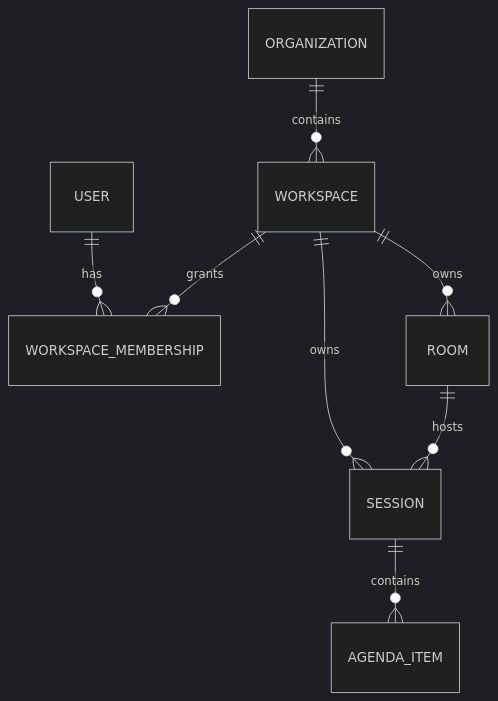
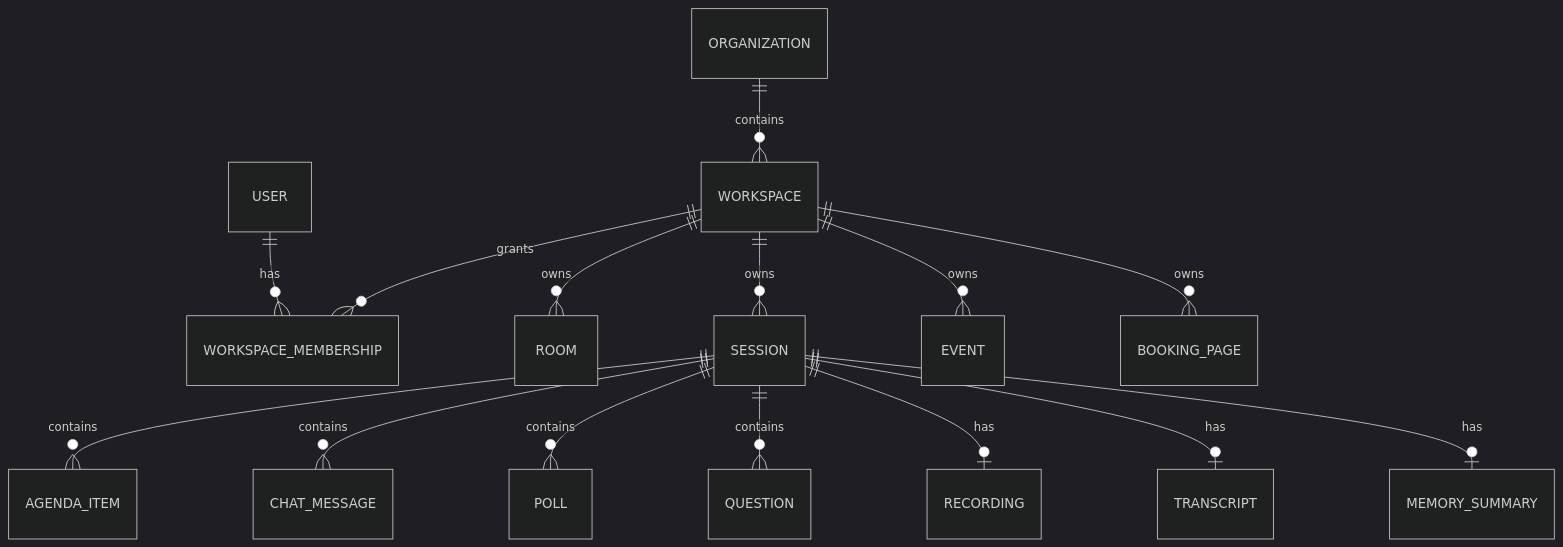
Before and after one commit to ooarchitect92/sessions: the third of 6 diagrams in docs/architecture.md, drawn with Mermaid (dark theme). The commit also changed other lines of this file and 3 other files, not shown here.

Commit message:
docs: update architecture and workflow documentation

````diff
--- a/docs/architecture.md
+++ b/docs/architecture.md
@@ -33,10 +55,17 @@
 ```mermaid
 erDiagram
   ORGANIZATION ||--o{ WORKSPACE : contains
   USER ||--o{ WORKSPACE_MEMBERSHIP : has
   WORKSPACE ||--o{ WORKSPACE_MEMBERSHIP : grants
   WORKSPACE ||--o{ ROOM : owns
   WORKSPACE ||--o{ SESSION : owns
-  ROOM ||--o{ SESSION : hosts
+  WORKSPACE ||--o{ EVENT : owns
+  WORKSPACE ||--o{ BOOKING_PAGE : owns
   SESSION ||--o{ AGENDA_ITEM : contains
+  SESSION ||--o{ CHAT_MESSAGE : contains
+  SESSION ||--o{ POLL : contains
+  SESSION ||--o{ QUESTION : contains
+  SESSION ||--o| RECORDING : has
+  SESSION ||--o| TRANSCRIPT : has
+  SESSION ||--o| MEMORY_SUMMARY : has
 ```
````
